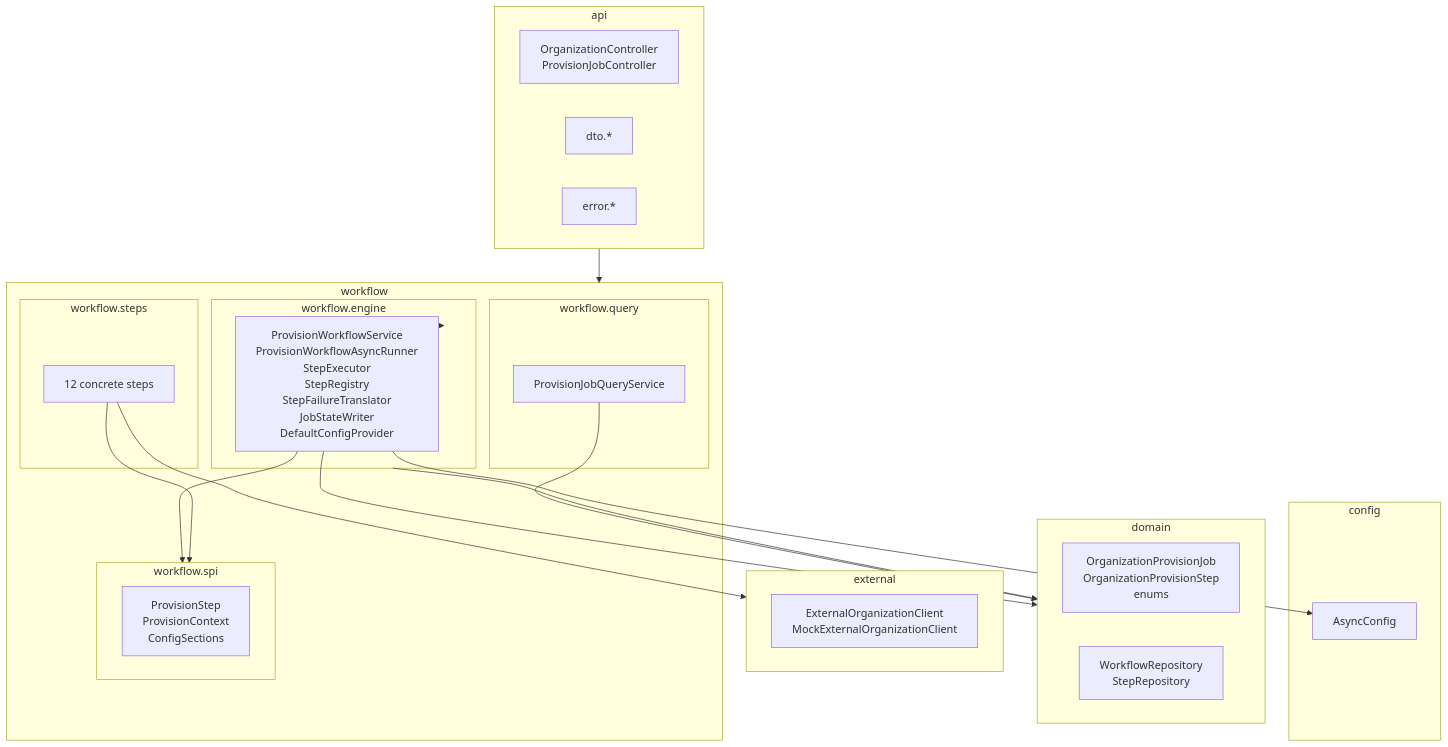
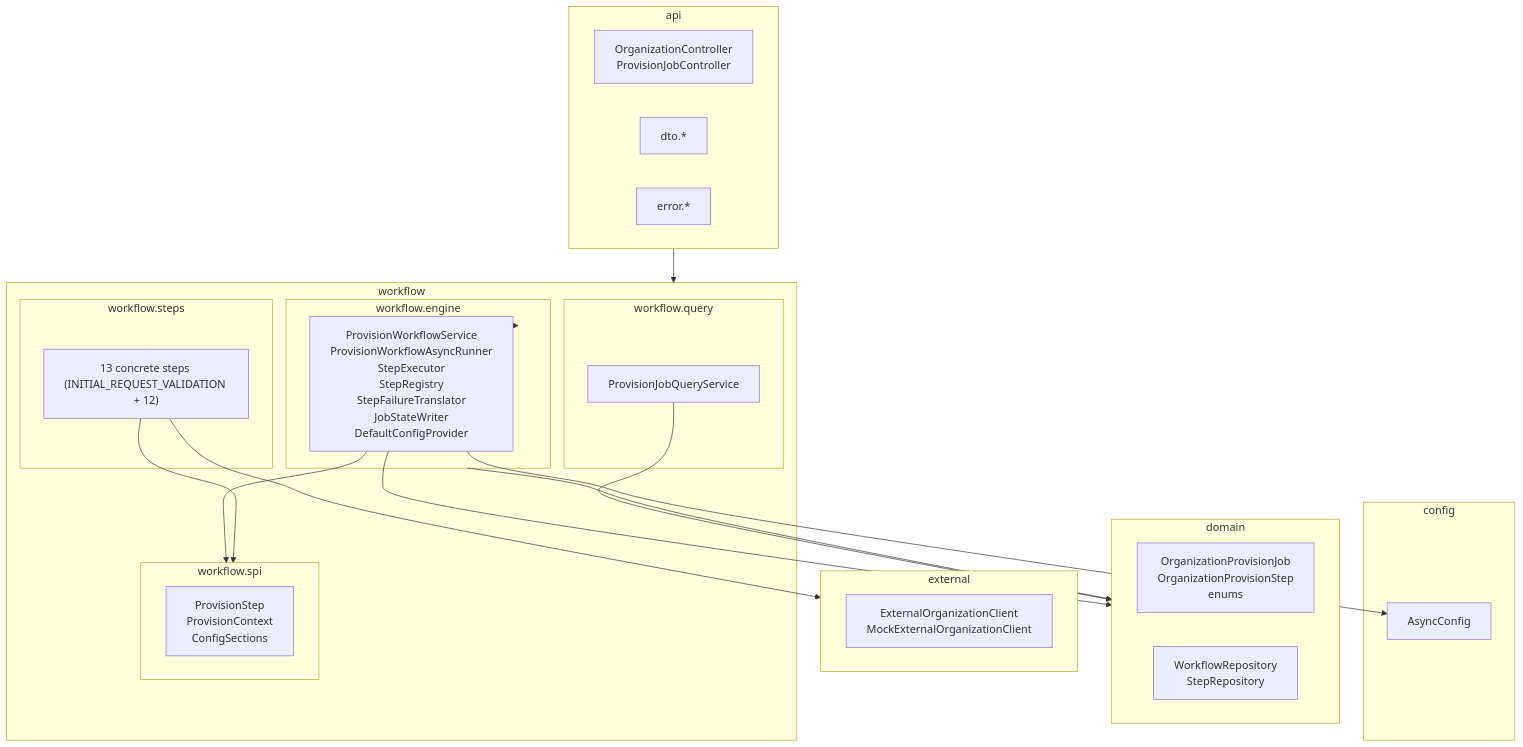
Before and after one commit to bora-arch/create-org-poc: the first of 8 diagrams in docs/diagrams.md, drawn with Mermaid. The commit also changed other lines of this file and 32 other files, not shown here.

````diff
--- a/docs/diagrams.md
+++ b/docs/diagrams.md
@@ -7,46 +7,46 @@
 ```mermaid
 flowchart TB
     subgraph api["api"]
         controllers["OrganizationController<br/>ProvisionJobController"]
         dtos["dto.*"]
         errs["error.*"]
     end
 
     subgraph workflow["workflow"]
         subgraph spi["workflow.spi"]
             step_iface["ProvisionStep<br/>ProvisionContext<br/>ConfigSections"]
         end
         subgraph engine["workflow.engine"]
             orch["ProvisionWorkflowService<br/>ProvisionWorkflowAsyncRunner<br/>StepExecutor<br/>StepRegistry<br/>StepFailureTranslator<br/>JobStateWriter<br/>DefaultConfigProvider"]
         end
         subgraph steps["workflow.steps"]
-            step_beans["12 concrete steps"]
+            step_beans["13 concrete steps (INITIAL_REQUEST_VALIDATION + 12)"]
         end
         subgraph query["workflow.query"]
             qs["ProvisionJobQueryService"]
         end
     end
 
     subgraph domain["domain"]
         entities["OrganizationProvisionJob<br/>OrganizationProvisionStep<br/>enums"]
         repos["WorkflowRepository<br/>StepRepository"]
     end
 
     subgraph external["external"]
         ext["ExternalOrganizationClient<br/>MockExternalOrganizationClient"]
     end
 
     subgraph config["config"]
         cfg["AsyncConfig"]
     end
 
     api --> workflow
     orch --> spi
     orch --> engine
     orch --> domain
     step_beans --> spi
     step_beans --> external
     qs --> domain
     engine --> domain
     orch --> cfg
 ```
````
